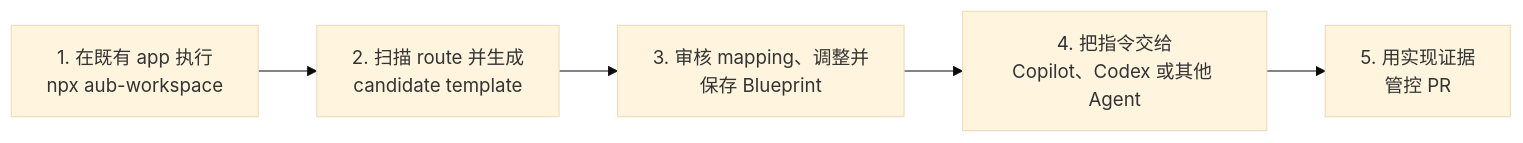
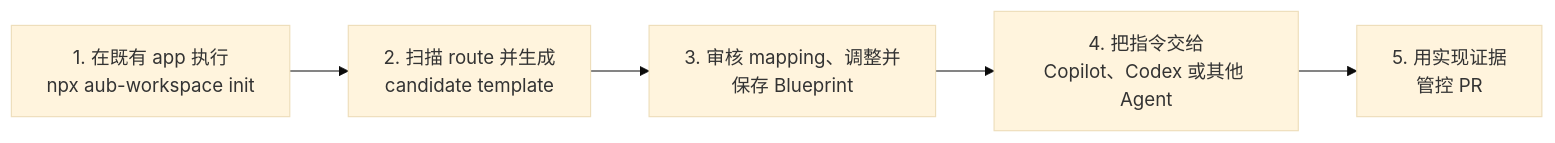
The diagram in README.zh-Hans.md (HenryLau1103/AUB), drawn with Mermaid (base theme) before and after one commit. The commit also changed other lines of this file and 52 other files, not shown here.

````diff
--- a/README.zh-Hans.md
+++ b/README.zh-Hans.md
@@ -26,7 +26,7 @@
 ```mermaid
 flowchart LR
-  A["1. 在既有 app 执行<br/>npx aub-workspace"] --> B["2. 扫描 route 并生成<br/>candidate template"]
+  A["1. 在既有 app 执行<br/>npx aub-workspace init"] --> B["2. 扫描 route 并生成<br/>candidate template"]
   B --> C["3. 审核 mapping、调整并<br/>保存 Blueprint"]
   C --> D["4. 把指令交给<br/>Copilot、Codex 或其他 Agent"]
   D --> E["5. 用实现证据<br/>管控 PR"]
 ```
````
